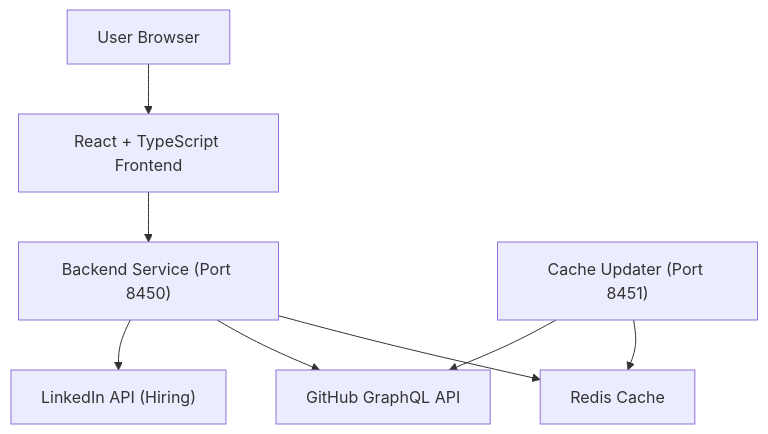
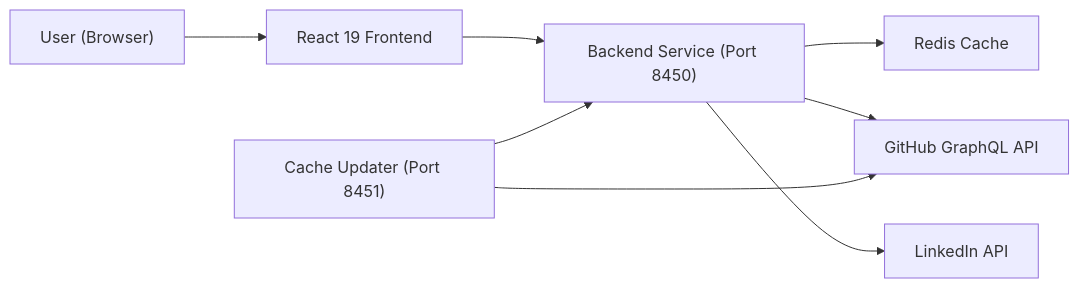
The diagram in docs/getting-started/introduction.md (flamingo-stack/major-league-github), drawn with Mermaid before and after one commit. The commit also changed other lines of this file and 8 other files, not shown here.

````diff
--- a/docs/getting-started/introduction.md
+++ b/docs/getting-started/introduction.md
@@ -55,10 +47,10 @@
 ```mermaid
-flowchart TD
-    User["User Browser"] --> Frontend["React + TypeScript Frontend"]
-    Frontend --> BackendAPI["Backend Service (Port 8450)"]
-    BackendAPI --> Redis["Redis Cache"]
-    BackendAPI --> GitHub["GitHub GraphQL API"]
-    CacheUpdater["Cache Updater (Port 8451)"] --> Redis
+flowchart LR
+    User["User (Browser)"] --> Frontend["React 19 Frontend"]
+    Frontend --> Backend["Backend Service (Port 8450)"]
+    Backend --> Redis["Redis Cache"]
+    Backend --> GitHub["GitHub GraphQL API"]
+    Backend --> LinkedIn["LinkedIn API"]
+    CacheUpdater["Cache Updater (Port 8451)"] --> Backend
     CacheUpdater --> GitHub
-    BackendAPI --> LinkedIn["LinkedIn API (Hiring)"]
 ```
````
